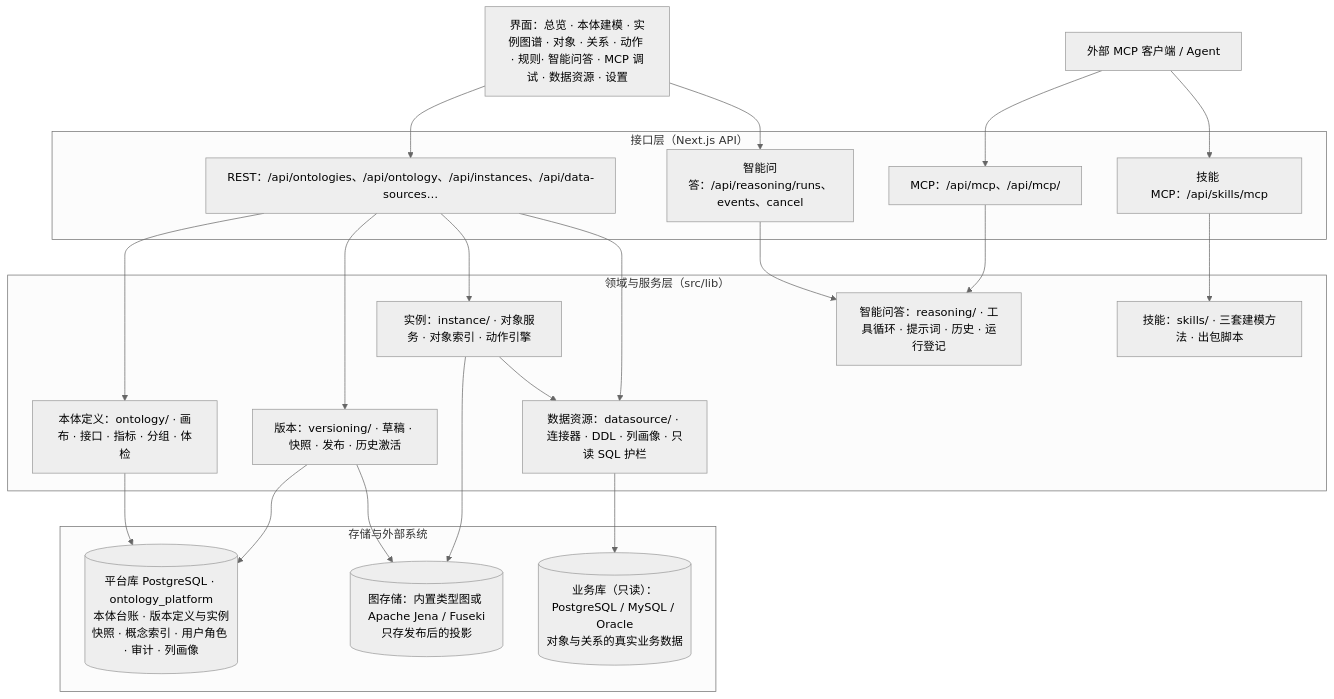
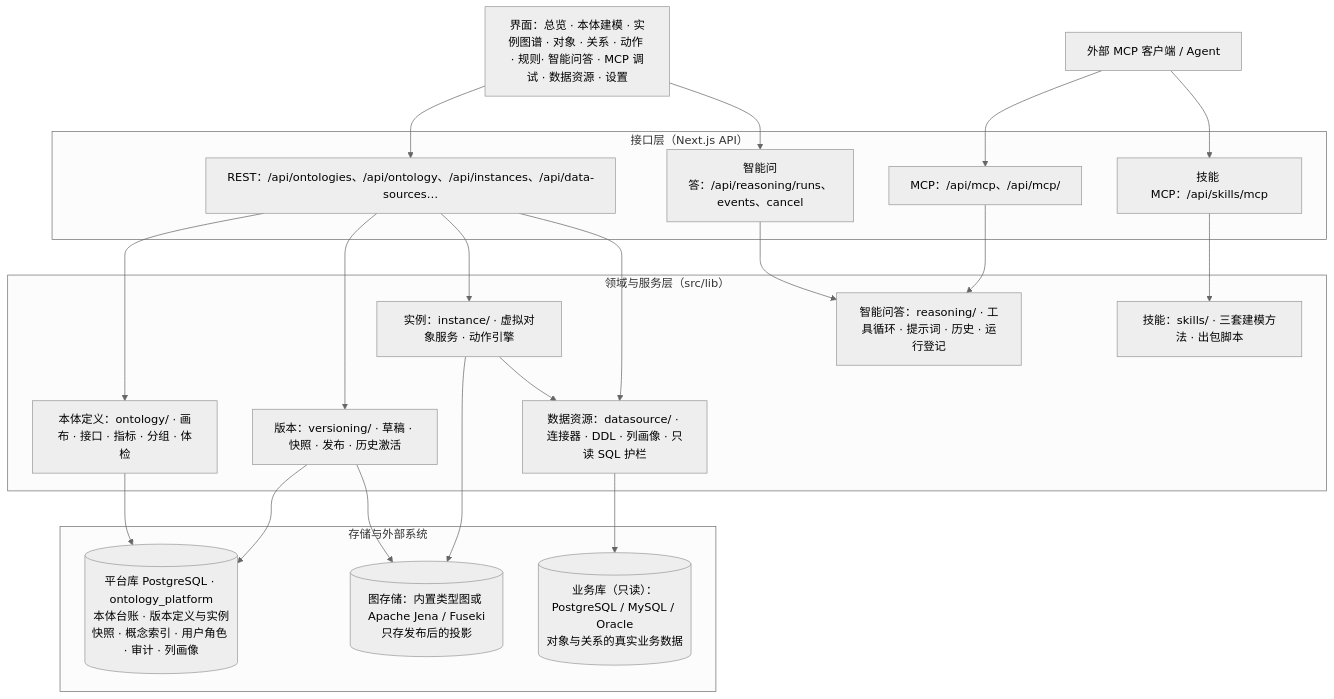
The diagram in docs/系统说明书/01-系统概览.md (shell-nlp/ontology_management), drawn with Mermaid (neutral theme) before and after one commit. The commit also changed other lines of this file and 76 other files, not shown here.

````diff
--- a/docs/系统说明书/01-系统概览.md
+++ b/docs/系统说明书/01-系统概览.md
@@ -33,41 +33,41 @@
 ```mermaid
 flowchart TB
   UI["界面：总览 · 本体建模 · 实例图谱 · 对象 · 关系 · 动作 · 规则· 智能问答 · MCP 调试 · 数据资源 · 设置"]
   EXT["外部 MCP 客户端 / Agent"]
   subgraph API["接口层（Next.js API）"]
     REST["REST：/api/ontologies、/api/ontology、/api/instances、/api/data-sources…"]
     RUN["智能问答：/api/reasoning/runs、events、cancel"]
     MCP["MCP：/api/mcp、/api/mcp/<ontologyId>"]
     SKMCP["技能 MCP：/api/skills/mcp"]
   end
   subgraph DOMAIN["领域与服务层（src/lib）"]
     ONTO["本体定义：ontology/ · 画布 · 接口 · 指标 · 分组 · 体检"]
     VER["版本：versioning/ · 草稿 · 快照 · 发布 · 历史激活"]
-    INST["实例：instance/ · 对象服务 · 对象索引 · 动作引擎"]
+    INST["实例：instance/ · 虚拟对象服务 · 动作引擎"]
     DS["数据资源：datasource/ · 连接器 · DDL · 列画像 · 只读 SQL 护栏"]
     REA["智能问答：reasoning/ · 工具循环 · 提示词 · 历史 · 运行登记"]
     SK["技能：skills/ · 三套建模方法 · 出包脚本"]
   end
   subgraph STORE["存储与外部系统"]
     PG[("平台库 PostgreSQL · ontology_platform<br/>本体台账 · 版本定义与实例快照 · 概念索引 · 用户角色 · 审计 · 列画像")]
     GRAPH[("图存储：内置类型图或 Apache Jena / Fuseki<br/>只存发布后的投影")]
     BIZ[("业务库（只读）：PostgreSQL / MySQL / Oracle<br/>对象与关系的真实业务数据")]
   end
   UI --> REST
   UI --> RUN
   EXT --> MCP
   EXT --> SKMCP
   REST --> ONTO
   REST --> VER
   REST --> INST
   REST --> DS
   RUN --> REA
   MCP --> REA
   SKMCP --> SK
   ONTO --> PG
   VER --> PG
   VER --> GRAPH
   INST --> GRAPH
   INST --> DS
   DS --> BIZ
 ```
````
